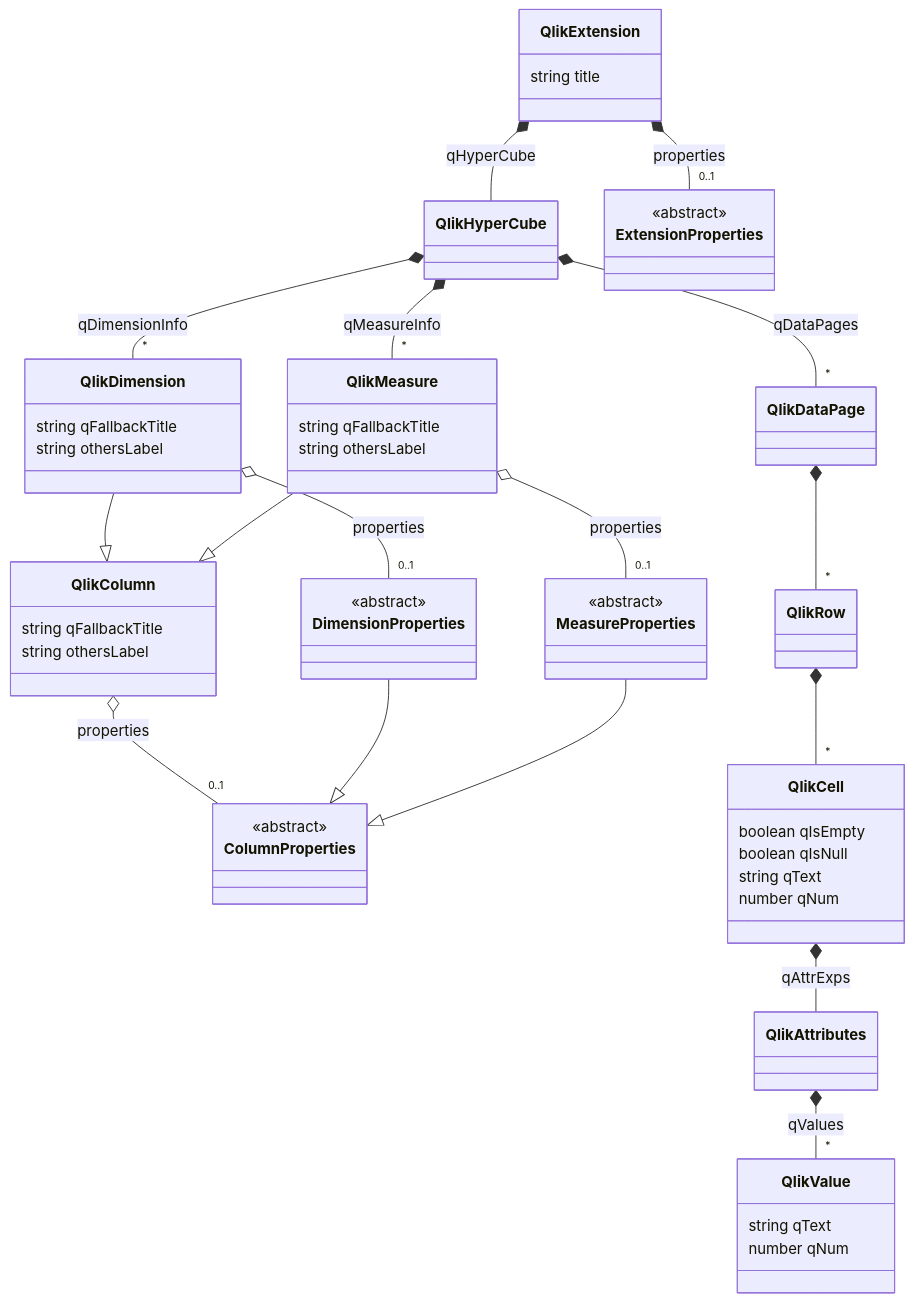
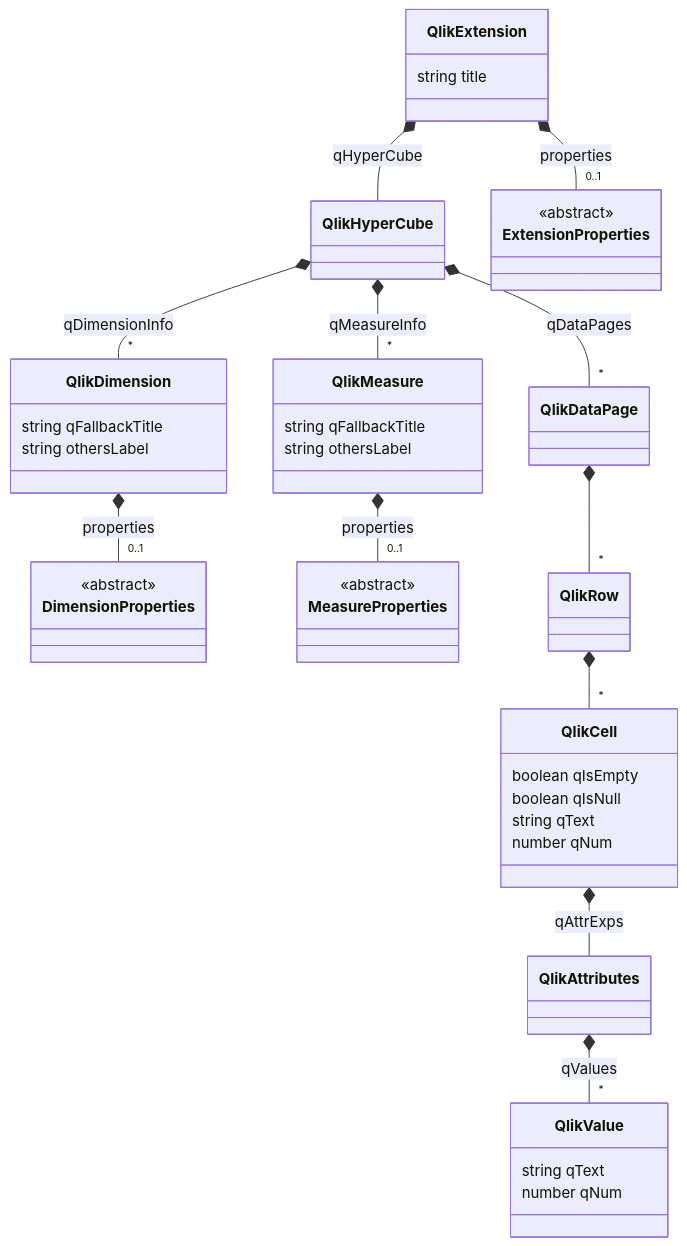
The diagram in Extension/jsdoc/qlik.jsdoc.md (Rodionov-Sergey/C3QlikSense), drawn with Mermaid before and after one commit. The commit also changed other lines of this file and 1 other file, not shown here.

Commit message:
Доработки JSDoc и описания Qlik API

````diff
--- a/Extension/jsdoc/qlik.jsdoc.md
+++ b/Extension/jsdoc/qlik.jsdoc.md
@@ -55,70 +155,55 @@
 ```mermaid
 classDiagram
     class QlikExtension {
         string title
     }
     QlikExtension *-- QlikHyperCube: qHyperCube
     QlikExtension *-- "0..1" ExtensionProperties: properties
 
     QlikHyperCube *-- "*" QlikDimension: qDimensionInfo
     QlikHyperCube *-- "*" QlikMeasure: qMeasureInfo
     QlikHyperCube *-- "*" QlikDataPage: qDataPages
 
-    class QlikColumn {
-         string qFallbackTitle 
-         string othersLabel
-    }
-    QlikColumn o-- "0..1" ColumnProperties: properties
-
     class QlikDimension {
          string qFallbackTitle 
          string othersLabel
     }
-    QlikDimension --|> QlikColumn
-    QlikDimension o-- "0..1" DimensionProperties: properties
+    QlikDimension *-- "0..1" DimensionProperties: properties
 
     class QlikMeasure {
          string qFallbackTitle 
          string othersLabel
     }
-    QlikMeasure --|> QlikColumn
-    QlikMeasure o-- "0..1" MeasureProperties: properties
+    QlikMeasure *-- "0..1" MeasureProperties: properties
 
     QlikDataPage *-- "*" QlikRow
 
     QlikRow *-- "*" QlikCell
 
     class QlikCell {
         boolean qIsEmpty
         boolean qIsNull
         string qText
         number qNum
     }
     QlikCell *-- QlikAttributes: qAttrExps
 
     QlikAttributes *-- "*" QlikValue: qValues
 
     class QlikValue {
         string qText
         number qNum 
     }
 
     class ExtensionProperties {
         <<abstract>>
     }
 
-    class ColumnProperties {
-        <<abstract>>
-    }
-
     class DimensionProperties {
         <<abstract>>
     }
-    DimensionProperties --|> ColumnProperties
 
     class MeasureProperties {
         <<abstract>>
     }
-    MeasureProperties --|> ColumnProperties
-
 ```
````
